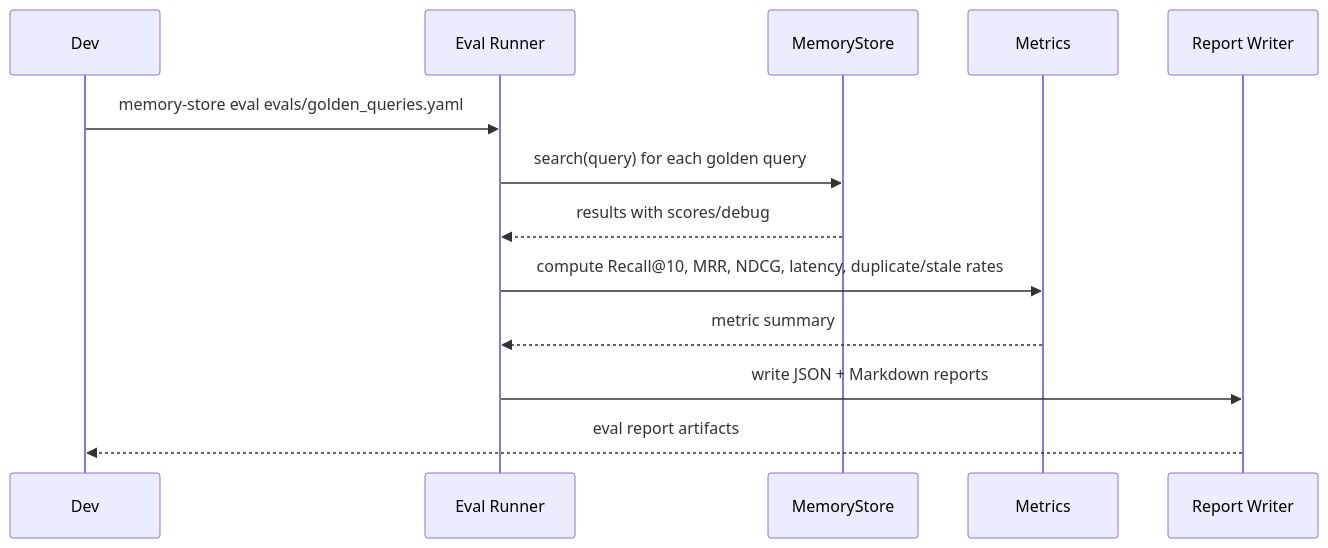
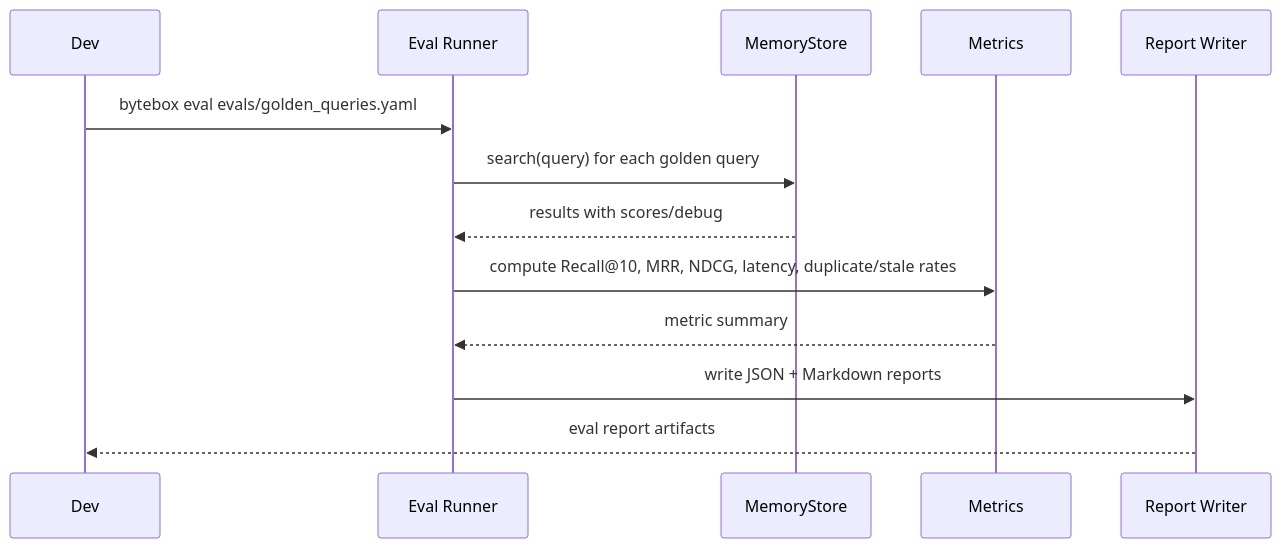
Before and after one commit to doktordub/bytebox: diagram 12 of 12 in docs/architecture.md, drawn with Mermaid. The commit also changed other lines of this file and 174 other files, not shown here.

````diff
--- a/docs/architecture.md
+++ b/docs/architecture.md
@@ -957,16 +957,16 @@
 ```mermaid
 sequenceDiagram
     participant Dev
     participant Eval as Eval Runner
     participant Store as MemoryStore
     participant Metrics as Metrics
     participant Report as Report Writer
 
-    Dev->>Eval: memory-store eval evals/golden_queries.yaml
+    Dev->>Eval: bytebox eval evals/golden_queries.yaml
     Eval->>Store: search(query) for each golden query
     Store-->>Eval: results with scores/debug
     Eval->>Metrics: compute Recall@10, MRR, NDCG, latency, duplicate/stale rates
     Metrics-->>Eval: metric summary
     Eval->>Report: write JSON + Markdown reports
     Report-->>Dev: eval report artifacts
 ```
````
